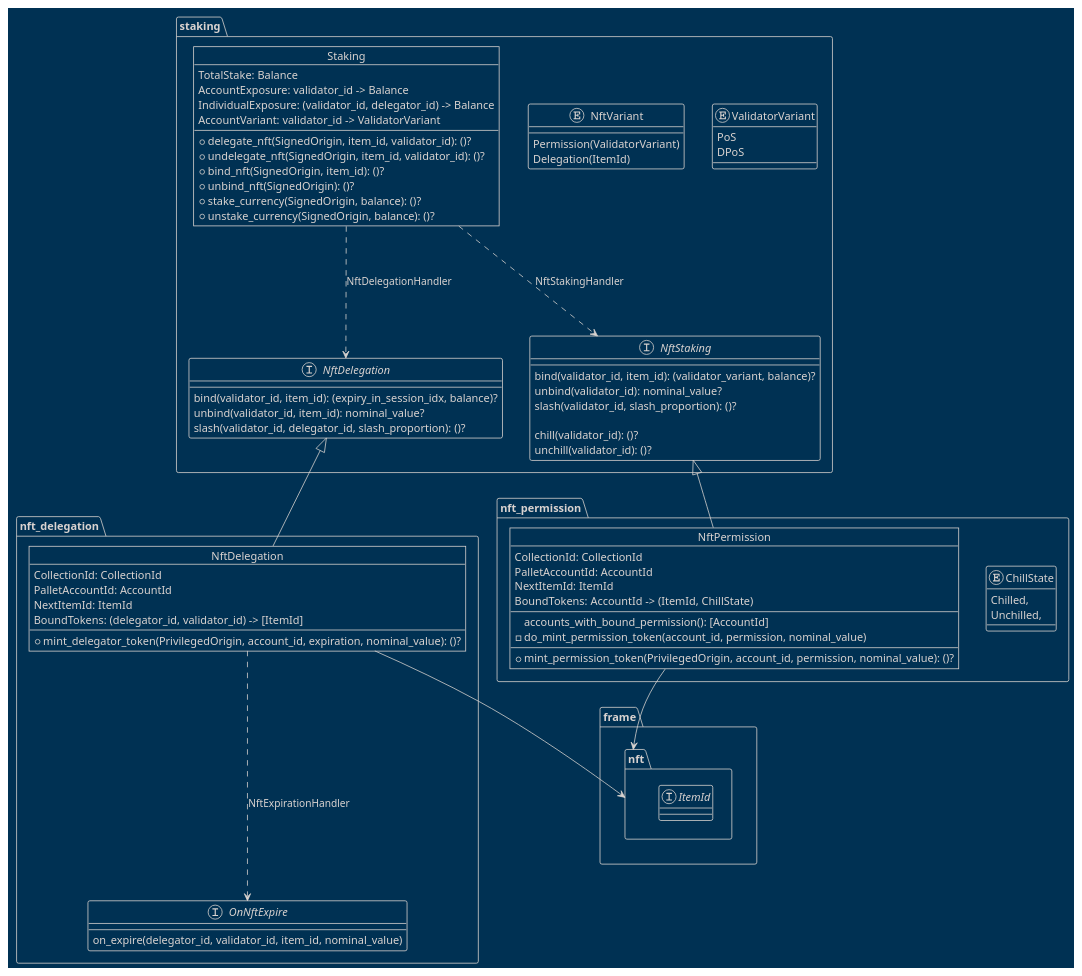
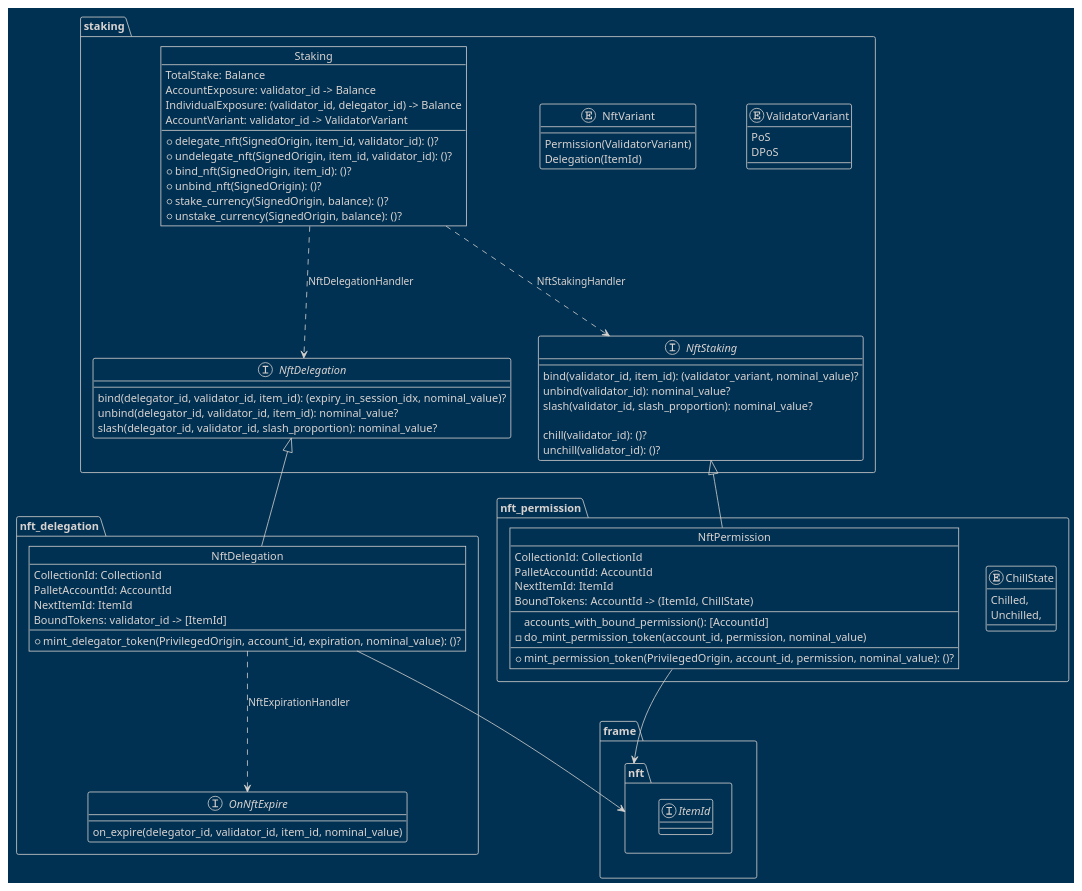
The diagram in pallets/staking.puml (Mosaic-Chain/mosaic-chain), drawn with PlantUML before and after one commit. The commit also changed 1 other file, not shown here.

Commit message:
fix(docs): Updated PlantUML diagram and their usage

```diff
--- a/pallets/staking.puml
+++ b/pallets/staking.puml
@@ -1,104 +1,104 @@
 @startuml Pallets
 !theme blueprint
 skinparam DefaultFontName 'Noto Sans CJK HK'
 
 package frame {
 
 package nft  {
     interface ItemId
 }
 
 }
 
 package staking {
 
 enum ValidatorVariant {
     PoS
     DPoS
 }
 
 enum NftVariant {
     Permission(ValidatorVariant)
     Delegation(ItemId)
 }
 
 interface NftStaking {
-    bind(validator_id, item_id): (validator_variant, balance)?
+    bind(validator_id, item_id): (validator_variant, nominal_value)?
     unbind(validator_id): nominal_value?
-    slash(validator_id, slash_proportion): ()?
+    slash(validator_id, slash_proportion): nominal_value?
 
     chill(validator_id): ()?
     unchill(validator_id): ()?
 }
 
 interface NftDelegation {
-    bind(validator_id, item_id): (expiry_in_session_idx, balance)?
-    unbind(validator_id, item_id): nominal_value?
-    slash(validator_id, delegator_id, slash_proportion): ()?
+    bind(delegator_id, validator_id, item_id): (expiry_in_session_idx, nominal_value)?
+    unbind(delegator_id, validator_id, item_id): nominal_value?
+    slash(delegator_id, validator_id, slash_proportion): nominal_value?
 }
 
 object Staking {
     TotalStake: Balance
     AccountExposure: validator_id -> Balance
     IndividualExposure: (validator_id, delegator_id) -> Balance
     AccountVariant: validator_id -> ValidatorVariant
     --    
     +delegate_nft(SignedOrigin, item_id, validator_id): ()?
     +undelegate_nft(SignedOrigin, item_id, validator_id): ()?
     +bind_nft(SignedOrigin, item_id): ()?
     +unbind_nft(SignedOrigin): ()?
     +stake_currency(SignedOrigin, balance): ()?
     +unstake_currency(SignedOrigin, balance): ()?
 }
 
 Staking .-down-> NftStaking: NftStakingHandler
 Staking .-down-> NftDelegation: NftDelegationHandler
 
 }
 
 package nft_permission {
 
 enum ChillState {
     Chilled,
     Unchilled,
 }
 
 object NftPermission {
     CollectionId: CollectionId
     PalletAccountId: AccountId
     NextItemId: ItemId
     BoundTokens: AccountId -> (ItemId, ChillState)
     --
     accounts_with_bound_permission(): [AccountId]
     -do_mint_permission_token(account_id, permission, nominal_value)
     --
     +mint_permission_token(PrivilegedOrigin, account_id, permission, nominal_value): ()?
 }
 
 NftPermission -up-|> NftStaking
 NftPermission -down-> nft
 
 }
 
 package nft_delegation {
 
 interface OnNftExpire {
     on_expire(delegator_id, validator_id, item_id, nominal_value)
 }
 
 object "NftDelegation" as NftDelegationPallet {
     CollectionId: CollectionId
     PalletAccountId: AccountId
     NextItemId: ItemId
-    BoundTokens: (delegator_id, validator_id) -> [ItemId]
+    BoundTokens: validator_id -> [ItemId]
     --
     +mint_delegator_token(PrivilegedOrigin, account_id, expiration, nominal_value): ()?
 }
 
 NftDelegationPallet -up-|> NftDelegation
-NftDelegationPallet .-down-> OnNftExpire: NftExpirationHandler
+NftDelegationPallet .down-> OnNftExpire: NftExpirationHandler
 NftDelegationPallet -down-> nft
 
 }
 
 @enduml
```
